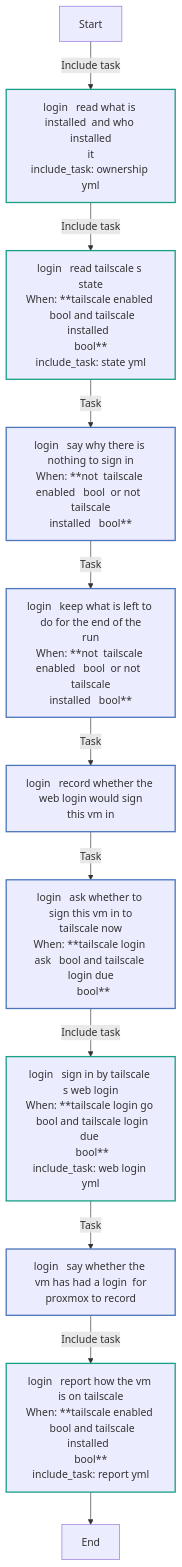
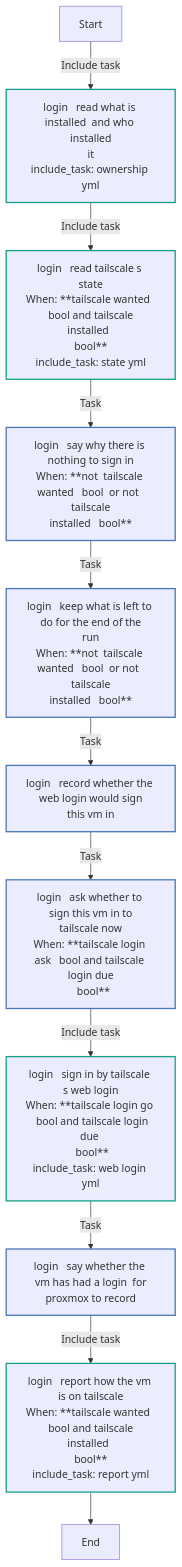
One commit to kawadeomkar/agent-warehouse changed the sixth of 13 diagrams in docs/reference/roles/tailscale.md. Above: the diagram before and after it, drawn with Mermaid. The commit also changed other lines of this file and 32 other files, not shown here.

````diff
--- a/docs/reference/roles/tailscale.md
+++ b/docs/reference/roles/tailscale.md
@@ -402,23 +404,23 @@
 ```mermaid
 flowchart TD
 Start
 classDef block stroke:#3498db,stroke-width:2px;
 classDef task stroke:#4b76bb,stroke-width:2px;
 classDef includeTasks stroke:#16a085,stroke-width:2px;
 classDef importTasks stroke:#34495e,stroke-width:2px;
 classDef includeRole stroke:#2980b9,stroke-width:2px;
 classDef importRole stroke:#699ba7,stroke-width:2px;
 classDef includeVars stroke:#8e44ad,stroke-width:2px;
 classDef rescue stroke:#665352,stroke-width:2px;
 
   Start-->|Include task| login___Read_what_is_installed__and_who_installed_it_ownership_yml_0[login   read what is installed  and who installed<br>it<br>include_task: ownership yml]:::includeTasks
-  login___Read_what_is_installed__and_who_installed_it_ownership_yml_0-->|Include task| login___Read_Tailscale_s_state_state_yml_1[login   read tailscale s state<br>When: **tailscale enabled   bool and tailscale installed  <br>bool**<br>include_task: state yml]:::includeTasks
-  login___Read_Tailscale_s_state_state_yml_1-->|Task| login___Say_why_there_is_nothing_to_sign_in2[login   say why there is nothing to sign in<br>When: **not  tailscale enabled   bool  or not  tailscale<br>installed   bool**]:::task
-  login___Say_why_there_is_nothing_to_sign_in2-->|Task| login___Keep_what_is_left_to_do_for_the_end_of_the_run3[login   keep what is left to do for the end of the<br>run<br>When: **not  tailscale enabled   bool  or not  tailscale<br>installed   bool**]:::task
+  login___Read_what_is_installed__and_who_installed_it_ownership_yml_0-->|Include task| login___Read_Tailscale_s_state_state_yml_1[login   read tailscale s state<br>When: **tailscale wanted   bool and tailscale installed  <br>bool**<br>include_task: state yml]:::includeTasks
+  login___Read_Tailscale_s_state_state_yml_1-->|Task| login___Say_why_there_is_nothing_to_sign_in2[login   say why there is nothing to sign in<br>When: **not  tailscale wanted   bool  or not  tailscale<br>installed   bool**]:::task
+  login___Say_why_there_is_nothing_to_sign_in2-->|Task| login___Keep_what_is_left_to_do_for_the_end_of_the_run3[login   keep what is left to do for the end of the<br>run<br>When: **not  tailscale wanted   bool  or not  tailscale<br>installed   bool**]:::task
   login___Keep_what_is_left_to_do_for_the_end_of_the_run3-->|Task| login___Record_whether_the_web_login_would_sign_this_VM_in4[login   record whether the web login would sign<br>this vm in]:::task
   login___Record_whether_the_web_login_would_sign_this_VM_in4-->|Task| login___Ask_whether_to_sign_this_VM_in_to_Tailscale_now5[login   ask whether to sign this vm in to<br>tailscale now<br>When: **tailscale login ask   bool and tailscale login due<br>  bool**]:::task
   login___Ask_whether_to_sign_this_VM_in_to_Tailscale_now5-->|Include task| login___Sign_in_by_Tailscale_s_web_login_web_login_yml_6[login   sign in by tailscale s web login<br>When: **tailscale login go   bool and tailscale login due <br> bool**<br>include_task: web login yml]:::includeTasks
   login___Sign_in_by_Tailscale_s_web_login_web_login_yml_6-->|Task| login___Say_whether_the_VM_has_had_a_login__for_Proxmox_to_record7[login   say whether the vm has had a login  for<br>proxmox to record]:::task
-  login___Say_whether_the_VM_has_had_a_login__for_Proxmox_to_record7-->|Include task| login___Report_how_the_VM_is_on_Tailscale_report_yml_8[login   report how the vm is on tailscale<br>When: **tailscale enabled   bool and tailscale installed  <br>bool**<br>include_task: report yml]:::includeTasks
+  login___Say_whether_the_VM_has_had_a_login__for_Proxmox_to_record7-->|Include task| login___Report_how_the_VM_is_on_Tailscale_report_yml_8[login   report how the vm is on tailscale<br>When: **tailscale wanted   bool and tailscale installed  <br>bool**<br>include_task: report yml]:::includeTasks
   login___Report_how_the_VM_is_on_Tailscale_report_yml_8-->End
 ```
````
